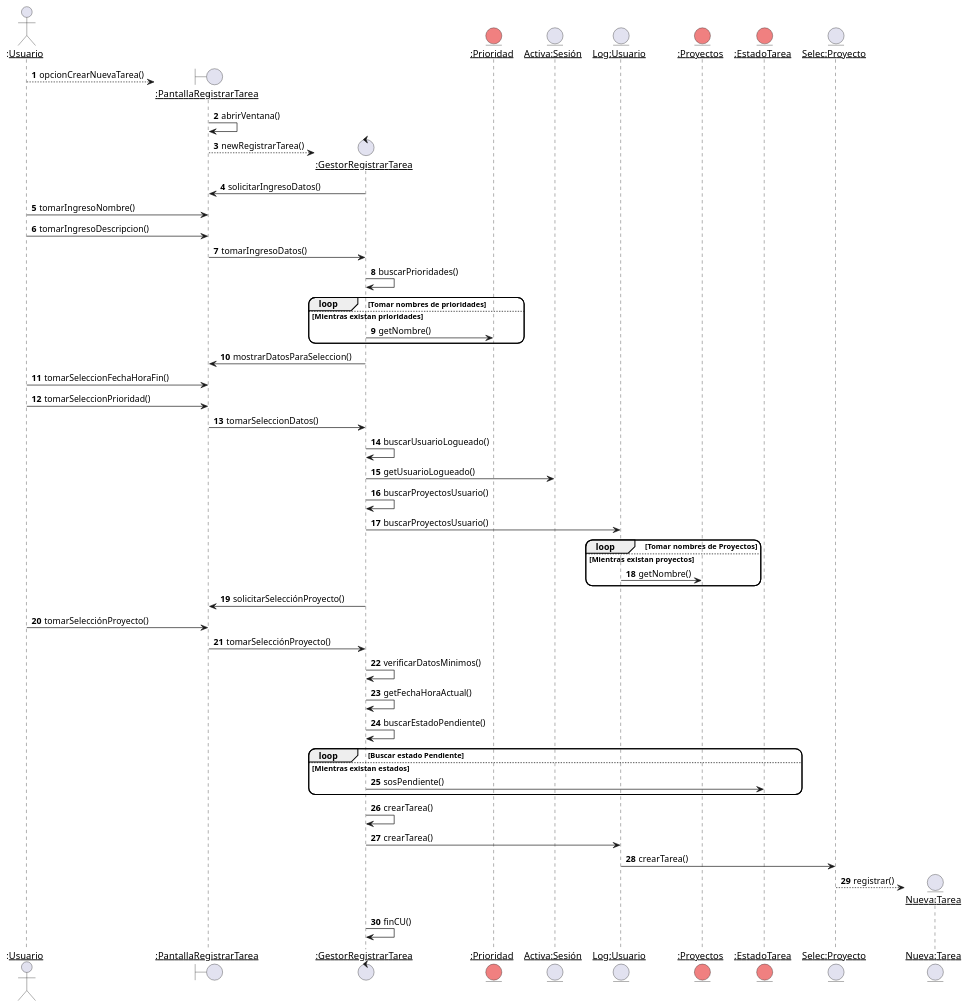
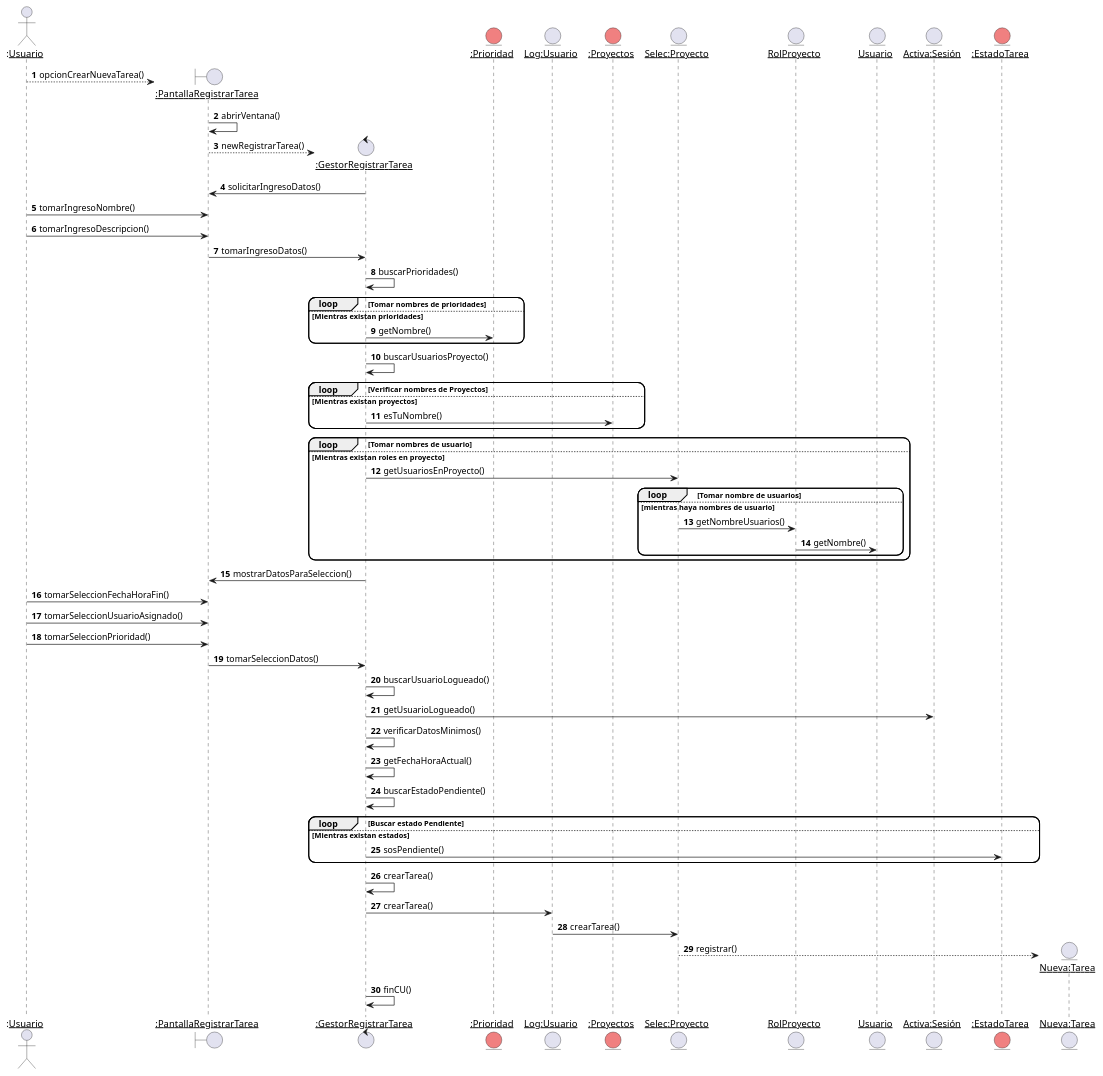
Before and after one commit to ciggyx/Task_Flow: the first of 2 diagrams in Modelado/DiagramasCU01.plantuml, drawn with PlantUML.

Commit message:
fix: Actualización de diagrama de secuencia CU07

```diff
--- a/Modelado/DiagramasCU01.plantuml
+++ b/Modelado/DiagramasCU01.plantuml
@@ -1,60 +1,68 @@
 @startuml RealizaciónCu1VistaDinámica
 skinparam roundcorner 20
 skinparam maxmessagesize 60
 autonumber
 
 Actor ":__Usuario__" as U
 create boundary "__:PantallaRegistrarTarea__" as PRT
 U --> PRT : opcionCrearNuevaTarea()
 PRT -> PRT : abrirVentana()
 create control "__:GestorRegistrarTarea__" as GRT
 PRT --> GRT : newRegistrarTarea()
 GRT -> PRT : solicitarIngresoDatos()
 U -> PRT : tomarIngresoNombre()
 U -> PRT : tomarIngresoDescripcion()
 PRT  -> GRT : tomarIngresoDatos()
 GRT -> GRT : buscarPrioridades()
 entity "__:Prioridad__" as PR #LightCoral
 loop Tomar nombres de prioridades
 else Mientras existan prioridades
-' ¿Bastará con el getNombre?
-     GRT -> PR : getNombre()
+    GRT -> PR : getNombre()
 end
+GRT -> GRT: buscarUsuariosProyecto()
+entity "__Log:Usuario__" as LU
+entity "__:Proyectos__" as P #LightCoral
+loop Verificar nombres de Proyectos
+else Mientras existan proyectos
+    GRT -> P: esTuNombre()
+end
+
+entity "__Selec:Proyecto__" as SP
+loop Tomar nombres de usuario
+else Mientras existan roles en proyecto
+GRT->SP: getUsuariosEnProyecto()
+entity "__RolProyecto__" as RP
+loop Tomar nombre de usuarios
+else mientras haya nombres de usuario
+SP -> RP: getNombreUsuarios()
+entity "__Usuario__" as US
+RP -> US: getNombre()
+end
+end
+
 GRT -> PRT : mostrarDatosParaSeleccion()
 U -> PRT : tomarSeleccionFechaHoraFin()
-'para mí no haría falta validar en este caso que la fecha sea mayor a la actual
-' ya que se lo limitamos al hacer la selección. Podemos ver bien despues eso
+U -> PRT: tomarSeleccionUsuarioAsignado()
 U -> PRT : tomarSeleccionPrioridad()
 PRT -> GRT : tomarSeleccionDatos()
 GRT -> GRT : buscarUsuarioLogueado()
 entity "__Activa:Sesión__" as ASS
 GRT -> ASS : getUsuarioLogueado()
-GRT -> GRT : buscarProyectosUsuario()
-entity "__Log:Usuario__" as LU
-GRT -> LU : buscarProyectosUsuario()
-entity "__:Proyectos__" as P #LightCoral
-loop Tomar nombres de Proyectos
-else Mientras existan proyectos
-    LU -> P : getNombre()
-end 
-GRT -> PRT : solicitarSelecciónProyecto()
-U -> PRT : tomarSelecciónProyecto()
-PRT -> GRT : tomarSelecciónProyecto()
+
 GRT -> GRT : verificarDatosMinimos()
 GRT -> GRT : getFechaHoraActual()
 GRT -> GRT : buscarEstadoPendiente()
 loop Buscar estado Pendiente
     entity "__:EstadoTarea__" as E #LightCoral
 else Mientras existan estados
     GRT -> E : sosPendiente()
 end
 
 GRT -> GRT : crearTarea()
 GRT -> LU: crearTarea()
-entity "__Selec:Proyecto__" as SP
 LU -> SP : crearTarea()
 create entity "__Nueva:Tarea__" as T
 SP --> T : registrar()
 GRT -> GRT : finCU()
 
 @enduml
```
